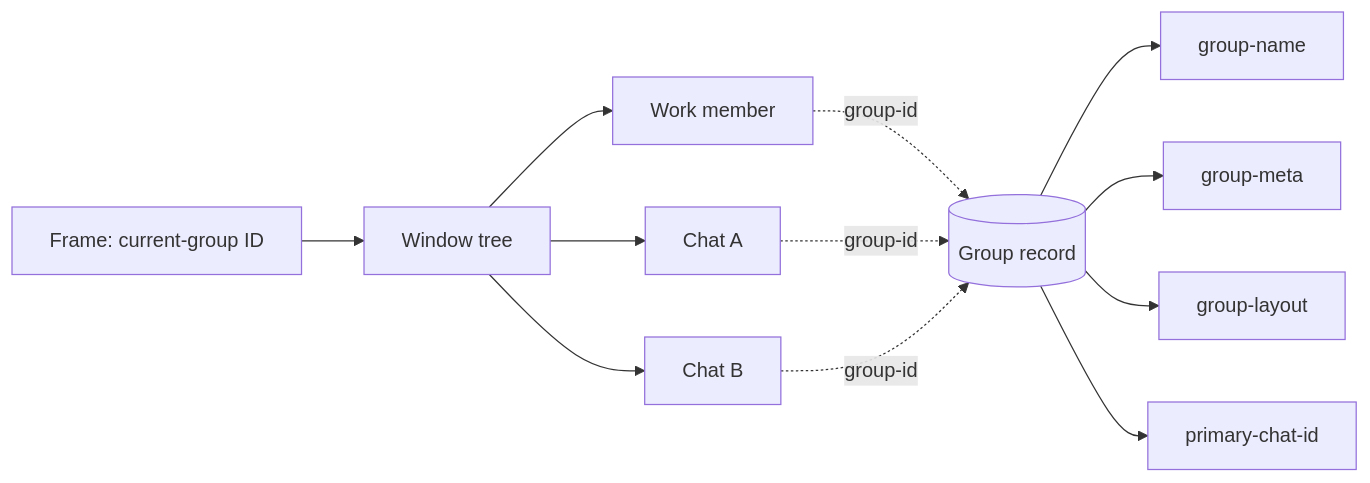
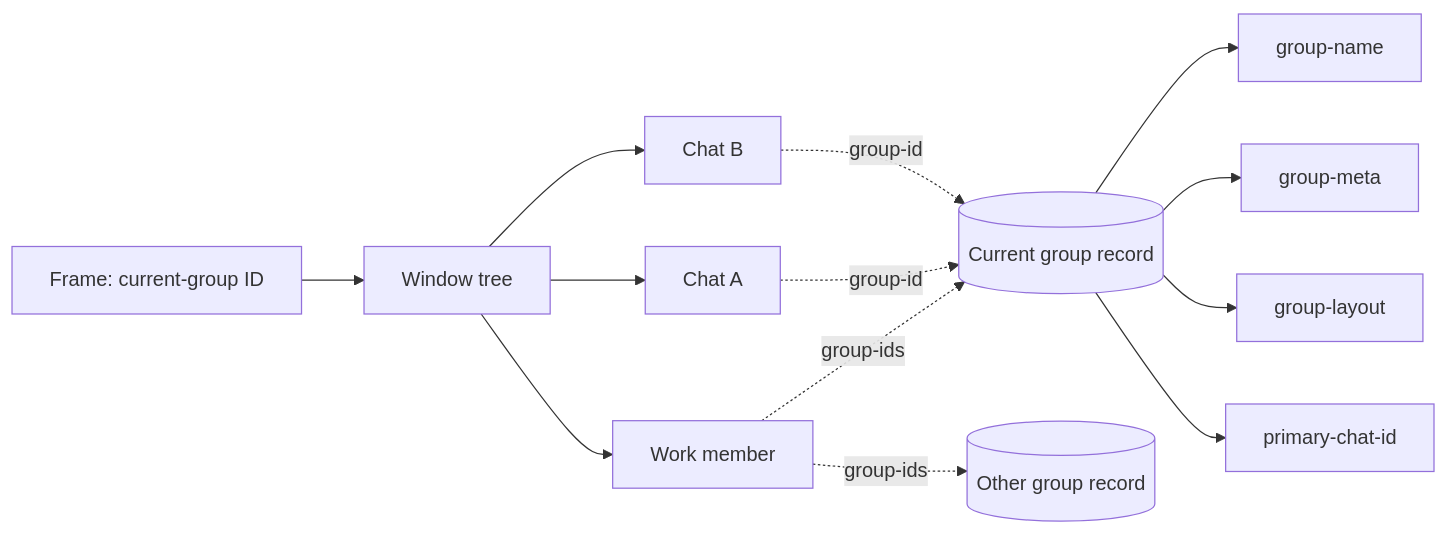
Before and after one commit to svs/compos: the first of 2 diagrams in docs/groups.md, drawn with Mermaid. The commit also changed other lines of this file and 28 other files, not shown here.

````diff
--- a/docs/groups.md
+++ b/docs/groups.md
@@ -335,14 +414,15 @@
 ```mermaid
 flowchart LR
   F[Frame: current-group ID] --> W[Window tree]
   W --> A[Work member]
   W --> C1[Chat A]
   W --> C2[Chat B]
-  A -. group-id .-> R[(Group record)]
+  A -. group-ids .-> R[(Current group record)]
+  A -. group-ids .-> O[(Other group record)]
   C1 -. group-id .-> R
   C2 -. group-id .-> R
   R --> N[group-name]
   R --> M[group-meta]
   R --> L[group-layout]
   R --> P[primary-chat-id]
 ```
````
